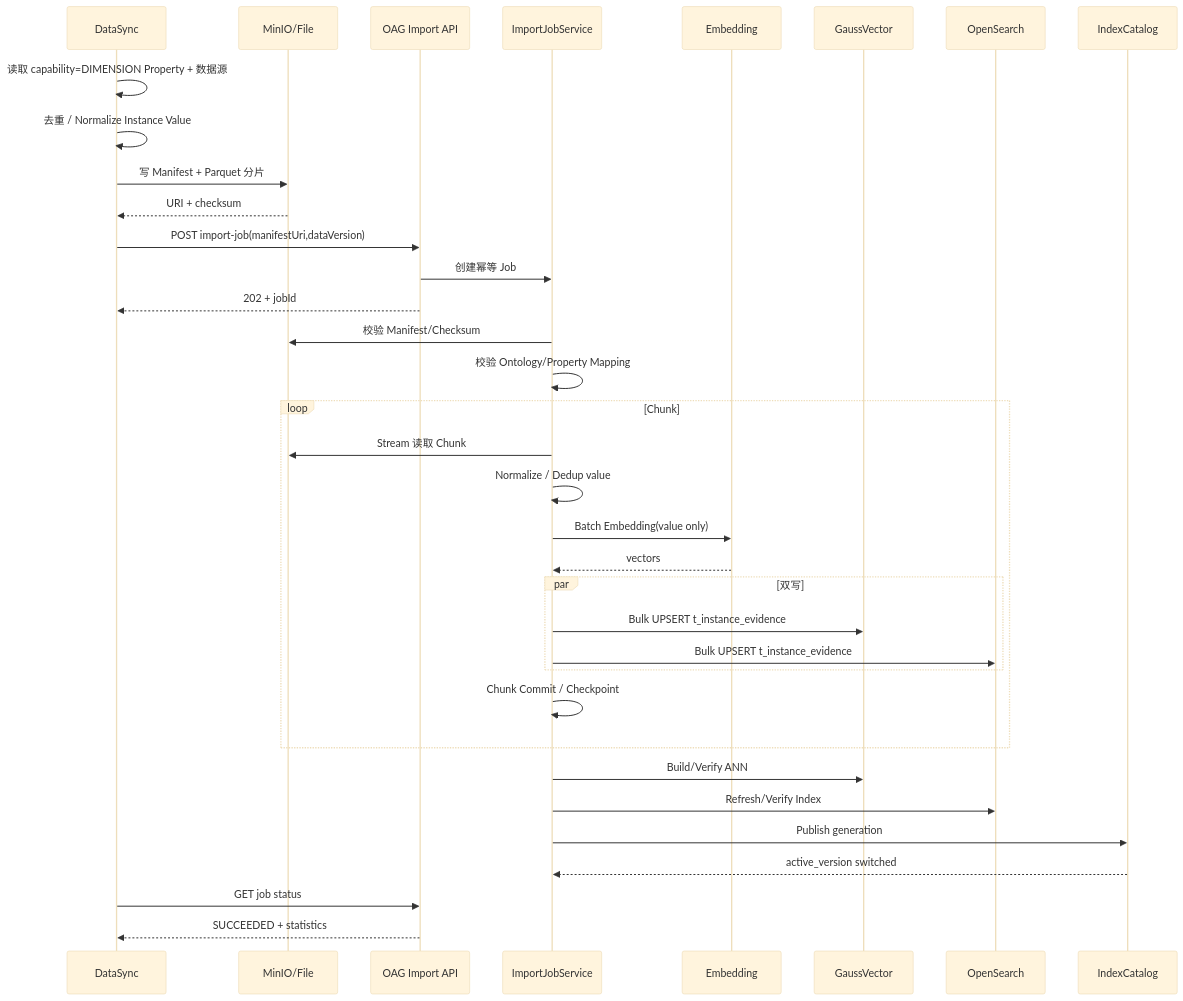
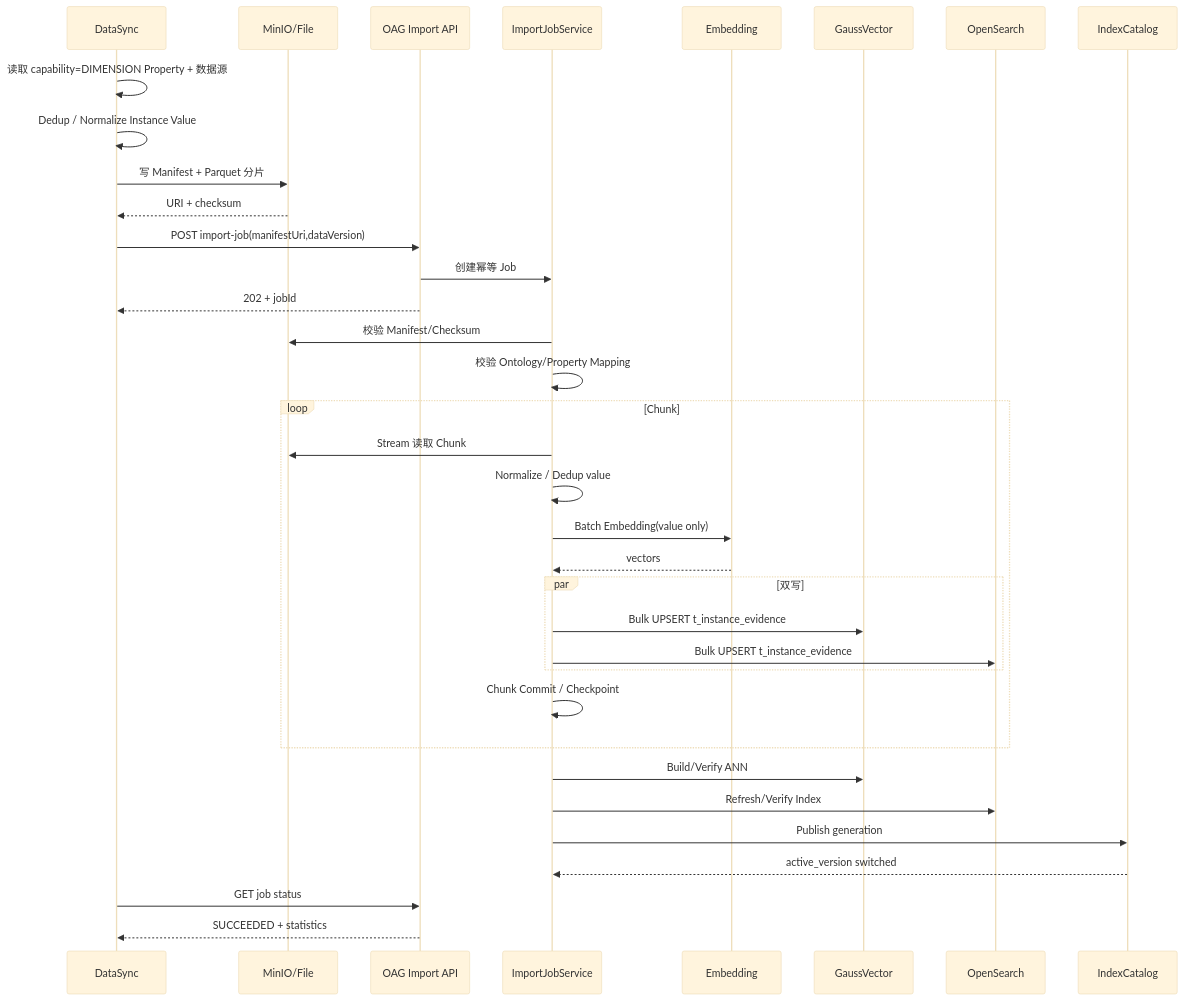
The fifth of 6 diagrams in docs/OAG本体锚点语义检索与向量索引设计方案.md (cfwl100/onology_dsl), drawn with Mermaid (base theme) before and after one commit. The commit also changed other lines of this file, not shown here.

````diff
--- a/docs/OAG本体锚点语义检索与向量索引设计方案.md
+++ b/docs/OAG本体锚点语义检索与向量索引设计方案.md
@@ -2293,43 +2290,43 @@
 ```mermaid
 sequenceDiagram
     participant DS as DataSync
     participant M as MinIO/File
     participant API as OAG Import API
     participant J as ImportJobService
     participant E as Embedding
     participant GV as GaussVector
     participant OS as OpenSearch
     participant C as IndexCatalog
 
     DS->>DS: 读取 capability=DIMENSION Property + 数据源
-    DS->>DS: 去重 / Normalize Instance Value
+    DS->>DS: Dedup / Normalize Instance Value
     DS->>M: 写 Manifest + Parquet 分片
     M-->>DS: URI + checksum
 
     DS->>API: POST import-job(manifestUri,dataVersion)
     API->>J: 创建幂等 Job
     API-->>DS: 202 + jobId
 
     J->>M: 校验 Manifest/Checksum
     J->>J: 校验 Ontology/Property Mapping
 
     loop Chunk
         J->>M: Stream 读取 Chunk
         J->>J: Normalize / Dedup value
         J->>E: Batch Embedding(value only)
         E-->>J: vectors
         par 双写
             J->>GV: Bulk UPSERT t_instance_evidence
             J->>OS: Bulk UPSERT t_instance_evidence
         end
         J->>J: Chunk Commit / Checkpoint
     end
 
     J->>GV: Build/Verify ANN
     J->>OS: Refresh/Verify Index
     J->>C: Publish generation
     C-->>J: active_version switched
 
     DS->>API: GET job status
     API-->>DS: SUCCEEDED + statistics
 ```
````
